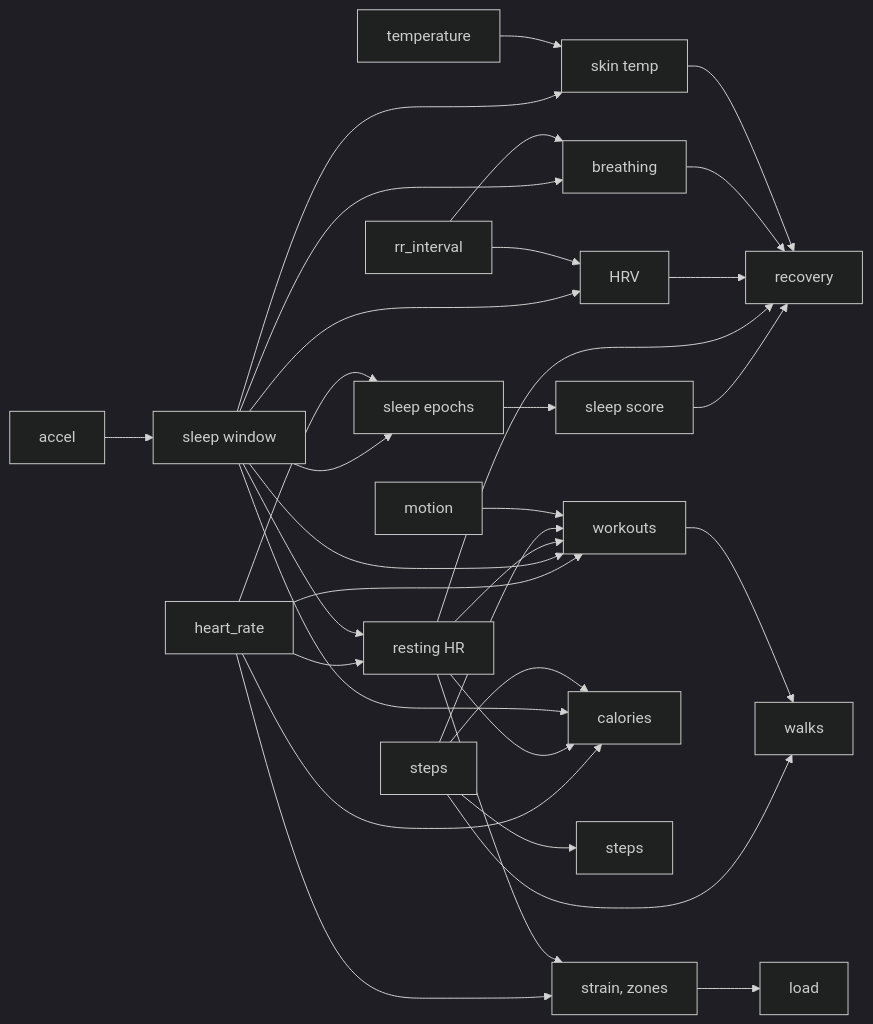
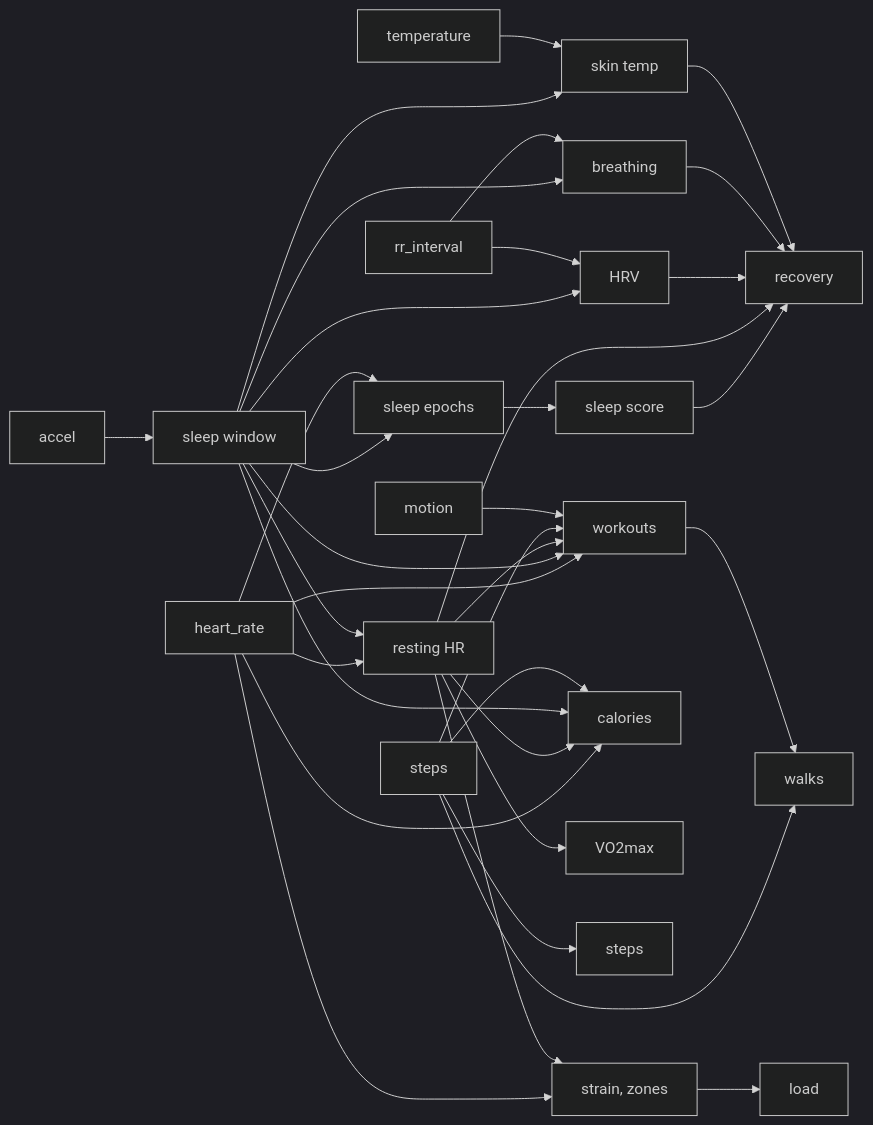
One commit to pkrshnan/dashboardify changed the diagram in docs/health-metrics.md. Above: the diagram before and after it, drawn with Mermaid (dark theme). The commit also changed other lines of this file and 8 other files, not shown here.

````diff
--- a/docs/health-metrics.md
+++ b/docs/health-metrics.md
@@ -8,15 +9,16 @@
 ```mermaid
 flowchart LR
   A[accel] --> S[sleep window] --> E[sleep epochs] --> SS[sleep score] --> REC[recovery]
   HR[heart_rate] --> E & R[resting HR] & ST[strain, zones] & W[workouts]
   S --> R & H[HRV] & B[breathing] & T[skin temp] & W
   RR[rr_interval] --> H & B
   TMP[temperature] --> T
   R & H & B & T --> REC
   R --> ST & W
   ST --> L[load]
   HR & R & S --> CAL[calories]
+  R --> V[VO2max]
   STP[steps] --> STEPS[steps] & W & WK[walks] & CAL
   MOT[motion] --> W
   W --> WK
 ```
````
